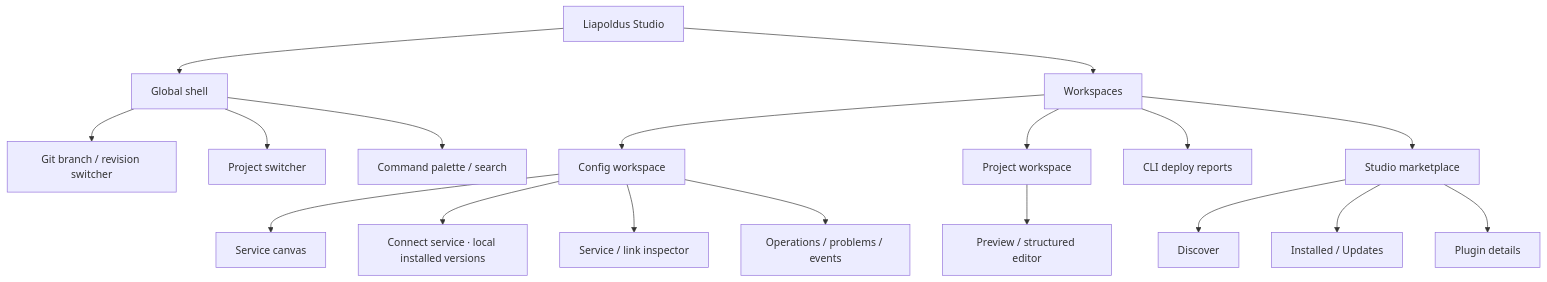
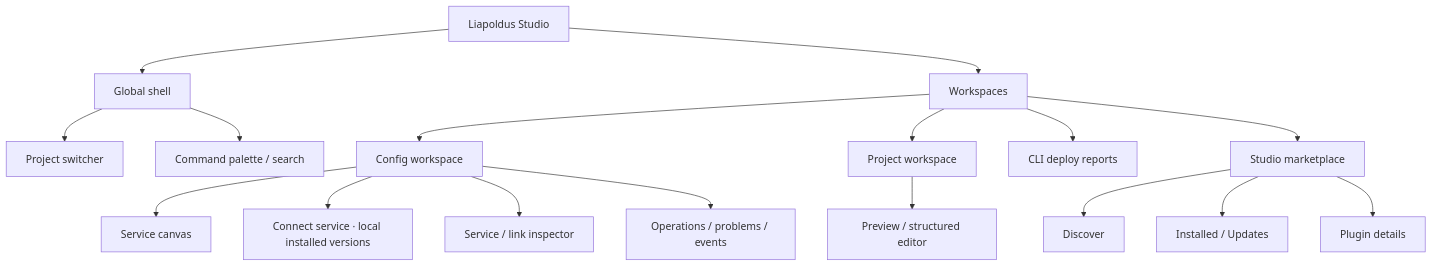
Before and after one commit to Liapoldus/studio: the diagram in docs/diagrams/studio-information-architecture.mmd, drawn with Mermaid. The commit also changed 79 other files, not shown here.

```diff
--- a/docs/diagrams/studio-information-architecture.mmd
+++ b/docs/diagrams/studio-information-architecture.mmd
@@ -1,18 +1,17 @@
 flowchart TD
     S["Liapoldus Studio"] --> G["Global shell"]
-    G --> C["Git branch / revision switcher"]
     G --> P["Project switcher"]
     G --> Q["Command palette / search"]
     S --> W["Workspaces"]
     W --> CW["Config workspace"]
     W --> PW["Project workspace"]
     W --> OW["CLI deploy reports"]
     W --> MW["Studio marketplace"]
     CW --> Canvas["Service canvas"]
     CW --> Catalog["Connect service · local installed versions"]
     CW --> Inspector["Service / link inspector"]
     CW --> Bottom["Operations / problems / events"]
     PW --> Preview["Preview / structured editor"]
     MW --> Discover["Discover"]
     MW --> Installed["Installed / Updates"]
     MW --> Details["Plugin details"]
```
